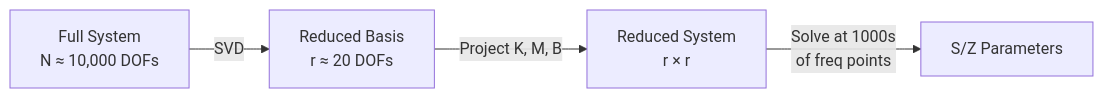
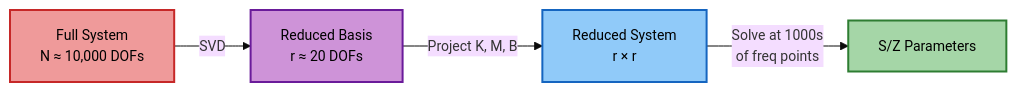
One commit to Dark-Elektron/cavsim3d changed the first of 2 diagrams in docs/theory.md. Above: the diagram before and after it, drawn with Mermaid. The commit also changed other lines of this file and 41 other files, not shown here.

````diff
--- a/docs/theory.md
+++ b/docs/theory.md
@@ -142,6 +288,11 @@
 ```mermaid
+%%{init: {'theme': 'base', 'themeVariables': {'fontSize': '14px'}}}%%
 graph LR
-    A["Full System<br/>N ≈ 10,000 DOFs"] -->|"SVD"| B["Reduced Basis<br/>r ≈ 20 DOFs"]
-    B -->|"Project K, M, B"| C["Reduced System<br/>r × r"]
-    C -->|"Solve at 1000s<br/>of freq points"| D["S/Z Parameters"]
+    A["Full System<br/>N ≈ 10,000 DOFs"]:::full -->|"SVD"| B["Reduced Basis<br/>r ≈ 20 DOFs"]:::basis
+    B -->|"Project K, M, B"| C["Reduced System<br/>r × r"]:::reduced
+    C -->|"Solve at 1000s<br/>of freq points"| D["S/Z Parameters"]:::result
+    classDef full fill:#ef9a9a,stroke:#c62828,stroke-width:2px,color:#000
+    classDef basis fill:#ce93d8,stroke:#6a1b9a,stroke-width:2px,color:#000
+    classDef reduced fill:#90caf9,stroke:#1565c0,stroke-width:2px,color:#000
+    classDef result fill:#a5d6a7,stroke:#2e7d32,stroke-width:2px,color:#000
 ```
````
